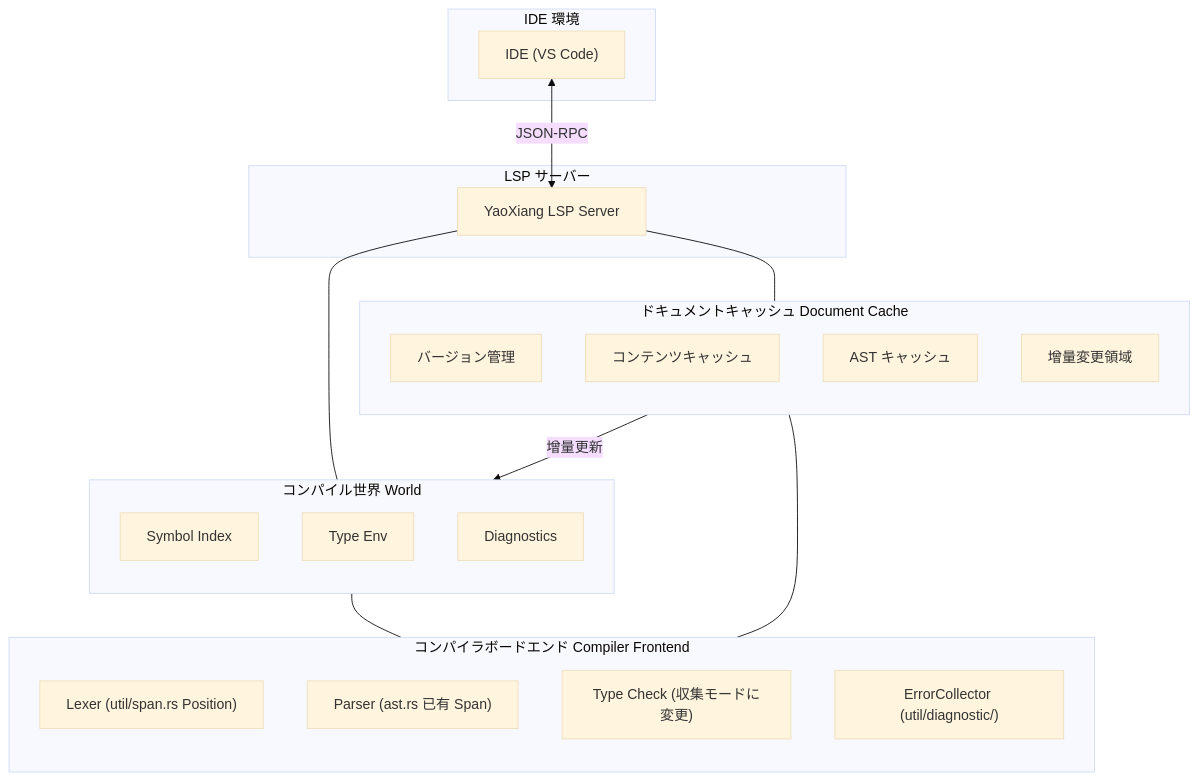
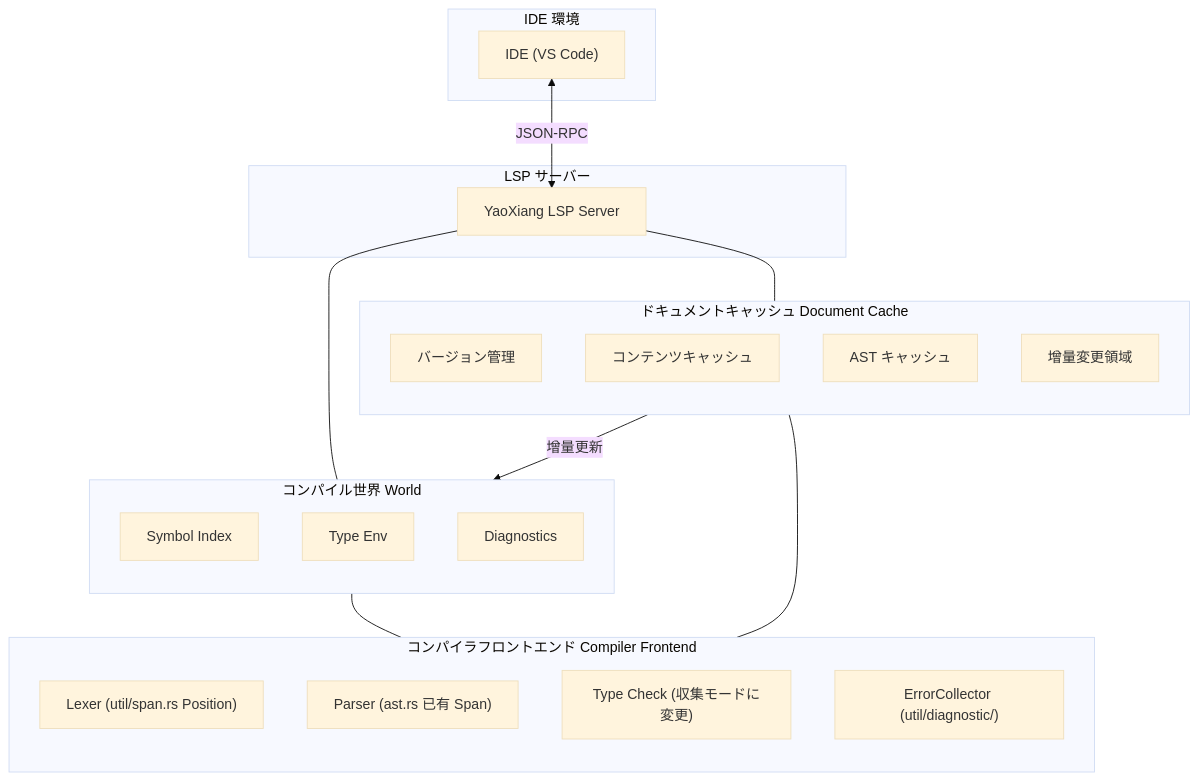
The diagram in docs/src/ja/design/rfc/accepted/017-lsp-support.md (ChenXu233/YaoXiang), drawn with Mermaid (base theme) before and after one commit. The commit also changed other lines of this file and 358 other files, not shown here.

````diff
--- a/docs/src/ja/design/rfc/accepted/017-lsp-support.md
+++ b/docs/src/ja/design/rfc/accepted/017-lsp-support.md
@@ -138,43 +138,43 @@
 ```mermaid
 flowchart TD
     subgraph IDE_Environment [IDE 環境]
         IDE["IDE (VS Code)"]
     end
 
     subgraph LSP_Server [LSP サーバー]
         LSP["YaoXiang LSP Server"]
     end
 
     subgraph World_Compile [コンパイル世界 World]
         direction TB
         W_Symbol["Symbol Index"]
         W_Type["Type Env"]
         W_Diag["Diagnostics"]
     end
 
     subgraph Cache [ドキュメントキャッシュ Document Cache]
         direction TB
         C_Version["バージョン管理"]
         C_Content["コンテンツキャッシュ"]
         C_AST["AST キャッシュ"]
         C_Delta["增量変更領域"]
     end
 
-    subgraph Frontend [コンパイラボードエンド Compiler Frontend]
+    subgraph Frontend [コンパイラフロントエンド Compiler Frontend]
         direction TB
         F_Lexer["Lexer (util/span.rs Position)"]
         F_Parser["Parser (ast.rs 已有 Span)"]
         F_TypeCheck["Type Check (収集モードに変更)"]
         F_ErrorCollector["ErrorCollector (util/diagnostic/)"]
     end
 
     IDE <-->|JSON-RPC| LSP
 
     LSP --- World_Compile
     LSP --- Cache
 
     Cache -- "增量更新" --> World_Compile
 
     World_Compile --- Frontend
     Cache --- Frontend
 ```
````
